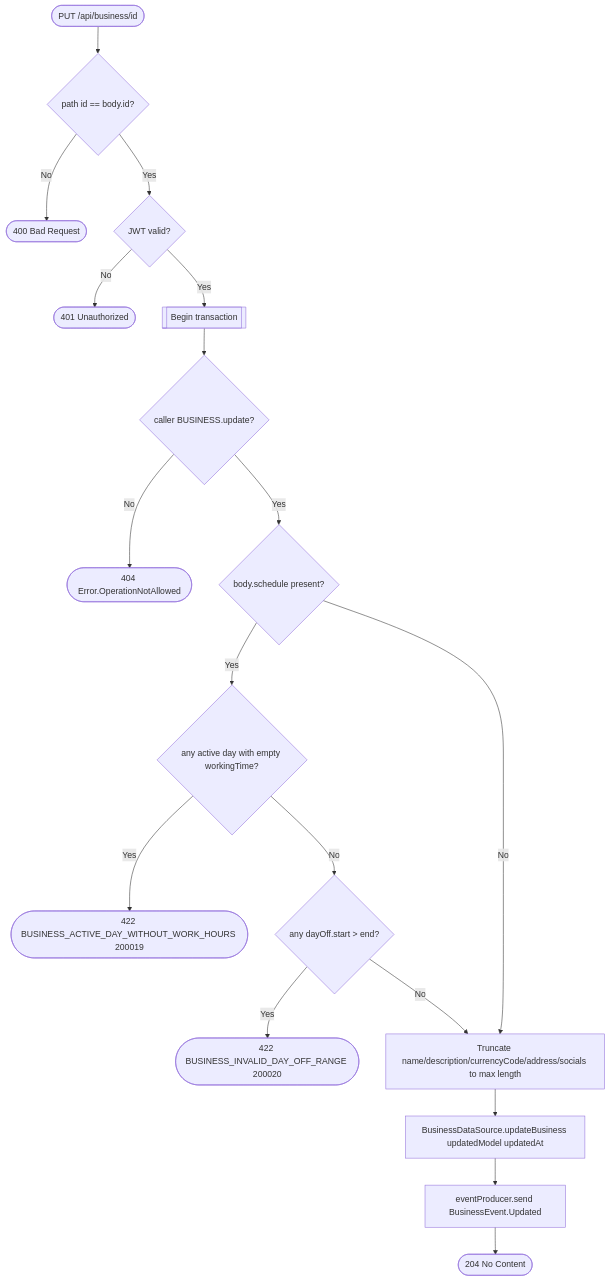
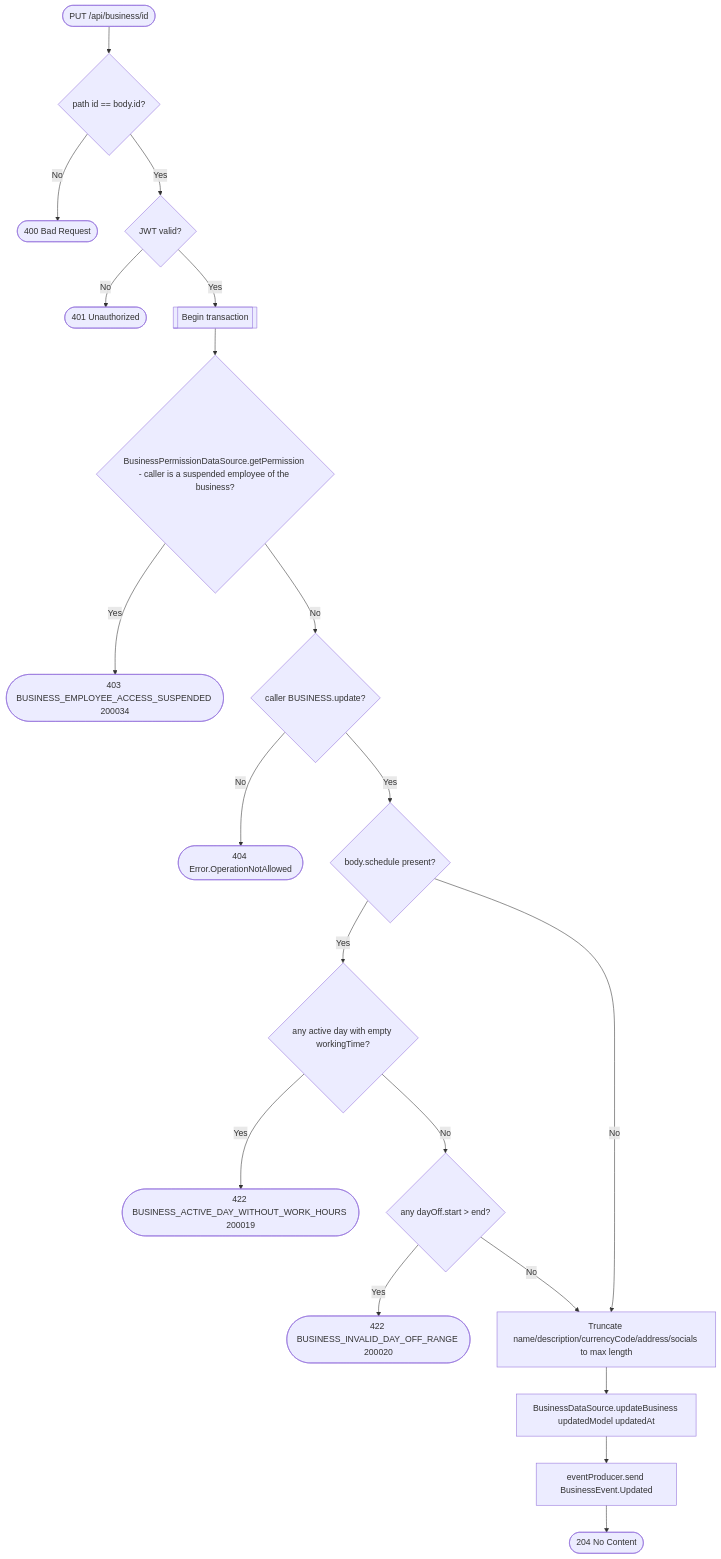
One commit to an22/bookk.me-backend changed the diagram in docs/operations/business/update-business.md. Above: the diagram before and after it, drawn with Mermaid. The commit also changed 65 other files, not shown here.

````diff
--- a/docs/operations/business/update-business.md
+++ b/docs/operations/business/update-business.md
@@ -11,20 +11,22 @@
 ```mermaid
 flowchart TD
     Start([PUT /api/business/id]) --> PathCheck{path id == body.id?}
     PathCheck -- No --> R400a([400 Bad Request])
     PathCheck -- Yes --> Auth{JWT valid?}
     Auth -- No --> R401([401 Unauthorized])
     Auth -- Yes --> Tx[[Begin transaction]]
-    Tx --> Perm{caller BUSINESS.update?}
+    Tx --> Suspended{BusinessPermissionDataSource.getPermission - caller is a suspended employee of the business?}
+    Suspended -- Yes --> R403s([403 BUSINESS_EMPLOYEE_ACCESS_SUSPENDED 200034])
+    Suspended -- No --> Perm{caller BUSINESS.update?}
     Perm -- No --> R404([404 Error.OperationNotAllowed])
     Perm -- Yes --> ScheduleGiven{body.schedule present?}
     ScheduleGiven -- Yes --> WorkHours{any active day with empty workingTime?}
     WorkHours -- Yes --> R422a([422 BUSINESS_ACTIVE_DAY_WITHOUT_WORK_HOURS 200019])
     WorkHours -- No --> DayOffRange{any dayOff.start > end?}
     DayOffRange -- Yes --> R422b([422 BUSINESS_INVALID_DAY_OFF_RANGE 200020])
     DayOffRange -- No --> Truncate[Truncate name/description/currencyCode/address/socials to max length]
     ScheduleGiven -- No --> Truncate
     Truncate --> Update[BusinessDataSource.updateBusiness updatedModel updatedAt]
     Update --> Event[eventProducer.send BusinessEvent.Updated]
     Event --> R204([204 No Content])
 ```
````
